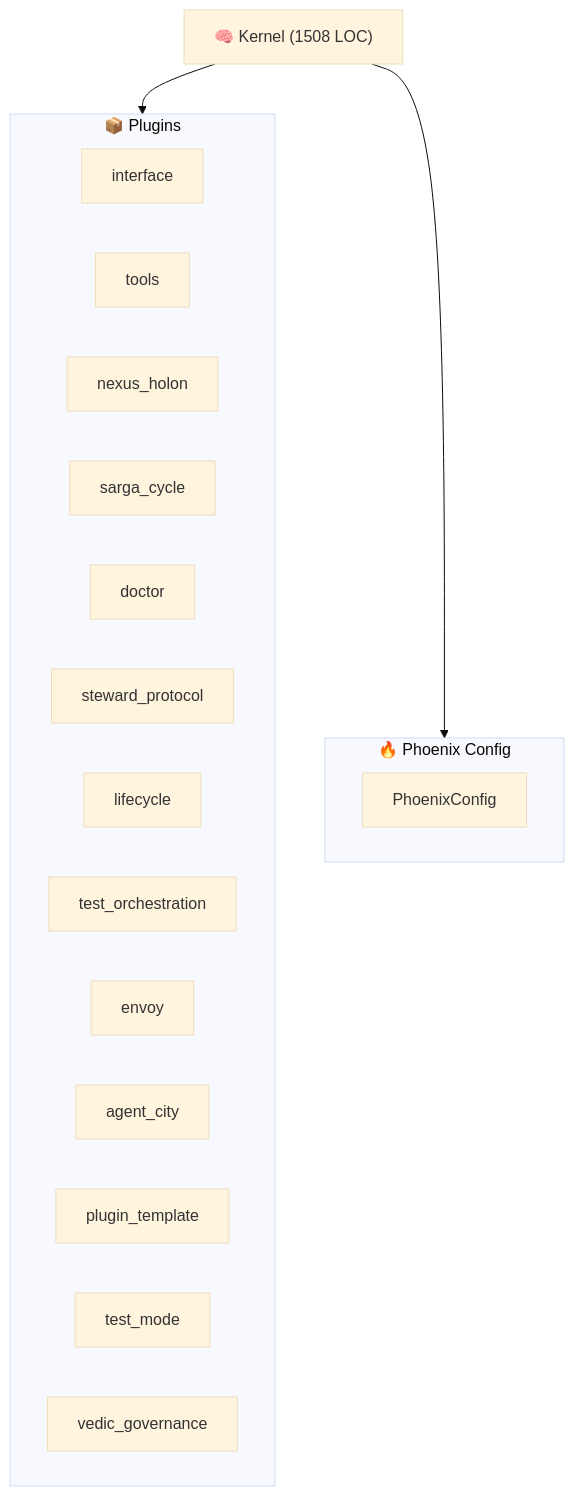
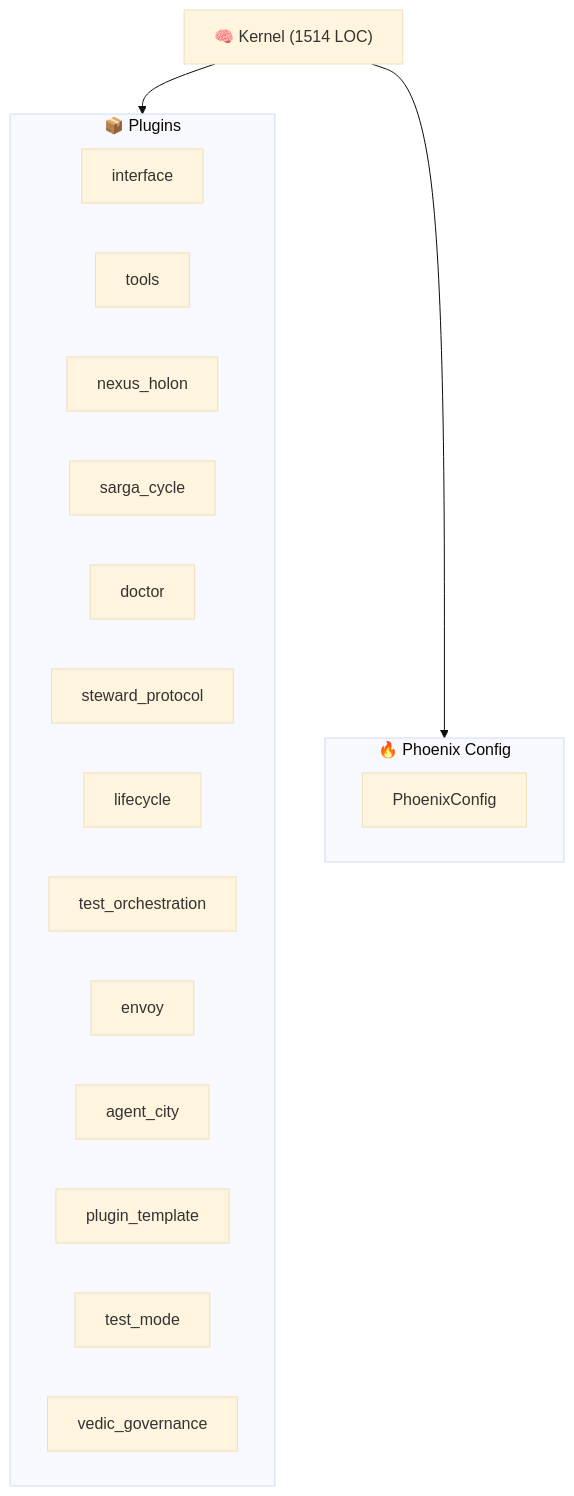
One commit to kimeisele/steward-protocol changed the diagram in ARCHITECTURE.md. Above: the diagram before and after it, drawn with Mermaid (base theme). The commit also changed other lines of this file and 15 other files, not shown here.

````diff
--- a/ARCHITECTURE.md
+++ b/ARCHITECTURE.md
@@ -8,24 +8,24 @@
 ```mermaid
 graph TB
-    K["🧠 Kernel (1508 LOC)"]
+    K["🧠 Kernel (1514 LOC)"]
     subgraph Plugins["📦 Plugins"]
         P_interface["interface"]
         P_tools["tools"]
         P_nexus_holon["nexus_holon"]
         P_sarga_cycle["sarga_cycle"]
         P_doctor["doctor"]
         P_steward_protocol["steward_protocol"]
         P_lifecycle["lifecycle"]
         P_test_orchestration["test_orchestration"]
         P_envoy["envoy"]
         P_agent_city["agent_city"]
         P_plugin_template["plugin_template"]
         P_test_mode["test_mode"]
         P_vedic_governance["vedic_governance"]
     end
     K --> Plugins
     subgraph Config["🔥 Phoenix Config"]
         PC[PhoenixConfig]
     end
     K --> Config
 ```
````
